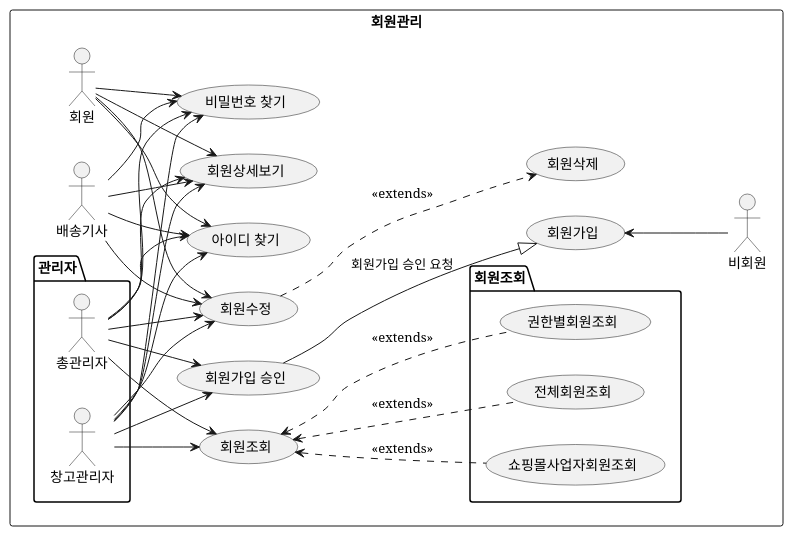
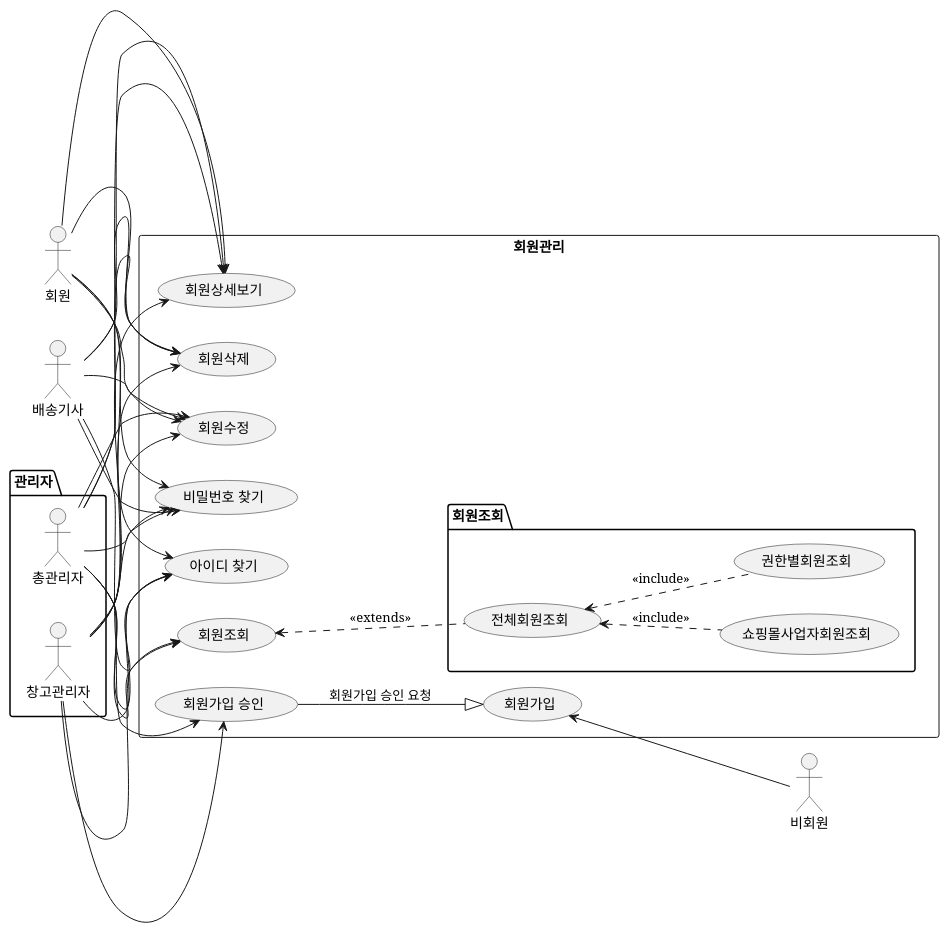
The diagram in src/first_team_project/use_case/CreateUser.puml (shin-heewon/java-advance), drawn with PlantUML before and after one commit. The commit also changed other lines of this file and 7 other files, not shown here.

```diff
--- a/src/first_team_project/use_case/CreateUser.puml
+++ b/src/first_team_project/use_case/CreateUser.puml
@@ -25,66 +3,66 @@
 @startuml
 
-rectangle "회원관리"{
+
 left to right direction
 
 package "관리자"{
 actor "창고관리자" as wh_manager
 actor "총관리자" as Admin
 }
 
 actor "비회원" as unregisterd
 actor "회원" as user
 actor "배송기사" as delivery
 
 
-
+rectangle "회원관리"{
 
 usecase "회원가입 승인" as UC_Approve
 usecase "회원조회" as inquiry
 
 package "회원조회"{
 
 wh_manager-->inquiry
 Admin-->inquiry
 inquiry<..(전체회원조회):<<extends>>
-inquiry<..(권한별회원조회):<<extends>>
-inquiry<..(쇼핑몰사업자회원조회):<<extends>>
+(전체회원조회)<..(권한별회원조회):<<include>>
+(전체회원조회)<..(쇼핑몰사업자회원조회):<<include>>
 }
 
 (회원가입)<--unregisterd
 '(회원가입) --> UC_Approve : 회원가입 승인 요청
 Admin --> UC_Approve
 wh_manager --> UC_Approve
 UC_Approve--|> (회원가입) : 회원가입 승인 요청
 
 
 
 
 user-->(회원수정)
 delivery-->(회원수정)
 wh_manager-->(회원수정)
 Admin-->(회원수정)
 
 
-'user--(회원삭제)
-'delivery--(회원삭제)
-'wh_manager--(회원삭제)
-'Admin--(회원삭제)
-(회원수정)..>(회원삭제):<<extends>>
+user-->(회원삭제)
+delivery-->(회원삭제)
+wh_manager-->(회원삭제)
+Admin-->(회원삭제)
+'(회원수정)..>(회원삭제):<<extends>>
 
 user-->(아이디 찾기)
 delivery-->(아이디 찾기)
 wh_manager-->(아이디 찾기)
 Admin-->(아이디 찾기)
 
 user-->(비밀번호 찾기)
 delivery-->(비밀번호 찾기)
 wh_manager-->(비밀번호 찾기)
 Admin-->(비밀번호 찾기)
 
 user-->(회원상세보기)
 delivery-->(회원상세보기)
 wh_manager-->(회원상세보기)
 Admin-->(회원상세보기)
 }
 @enduml
```
